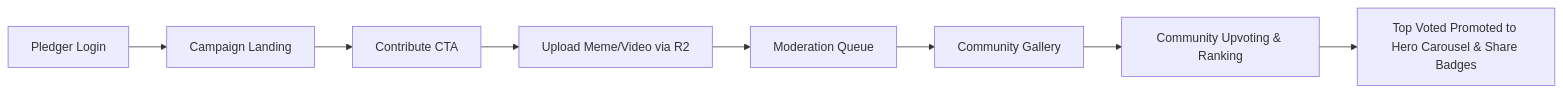
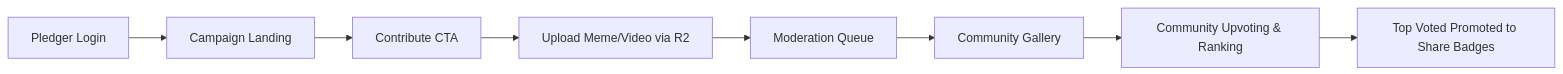
The fourth of 4 diagrams in docs/design/user-flows.md (xcorat/wedontneednukes), drawn with Mermaid before and after one commit. The commit also changed other lines of this file and 13 other files, not shown here.

First line of the commit message:
docs: synchronize documentation and .ai context with implemented architecture

````diff
--- a/docs/design/user-flows.md
+++ b/docs/design/user-flows.md
@@ -30,10 +79,10 @@
 ```mermaid
 graph LR
     A[Pledger Login] --> B[Campaign Landing]
     B --> C[Contribute CTA]
     C --> D[Upload Meme/Video via R2]
     D --> E[Moderation Queue]
     E --> F[Community Gallery]
     F --> G[Community Upvoting & Ranking]
-    G --> H[Top Voted Promoted to Hero Carousel & Share Badges]
+    G --> H[Top Voted Promoted to Share Badges]
 ```
````
